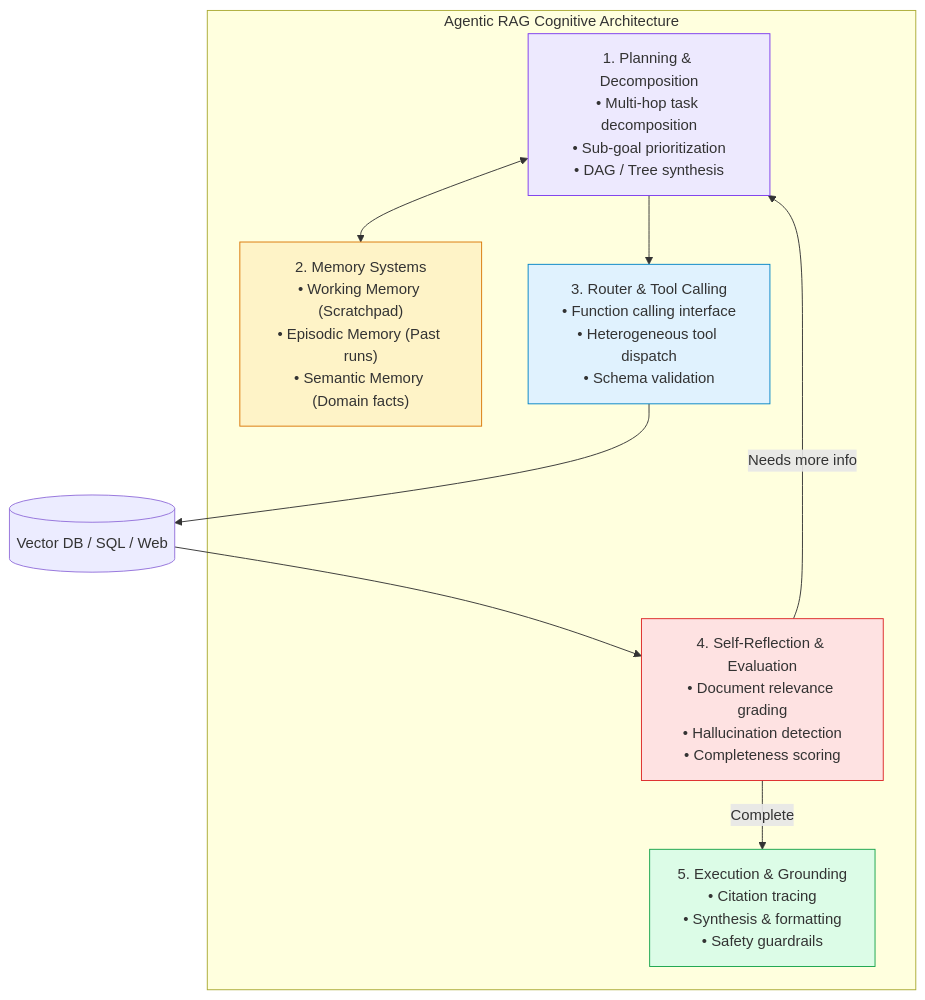
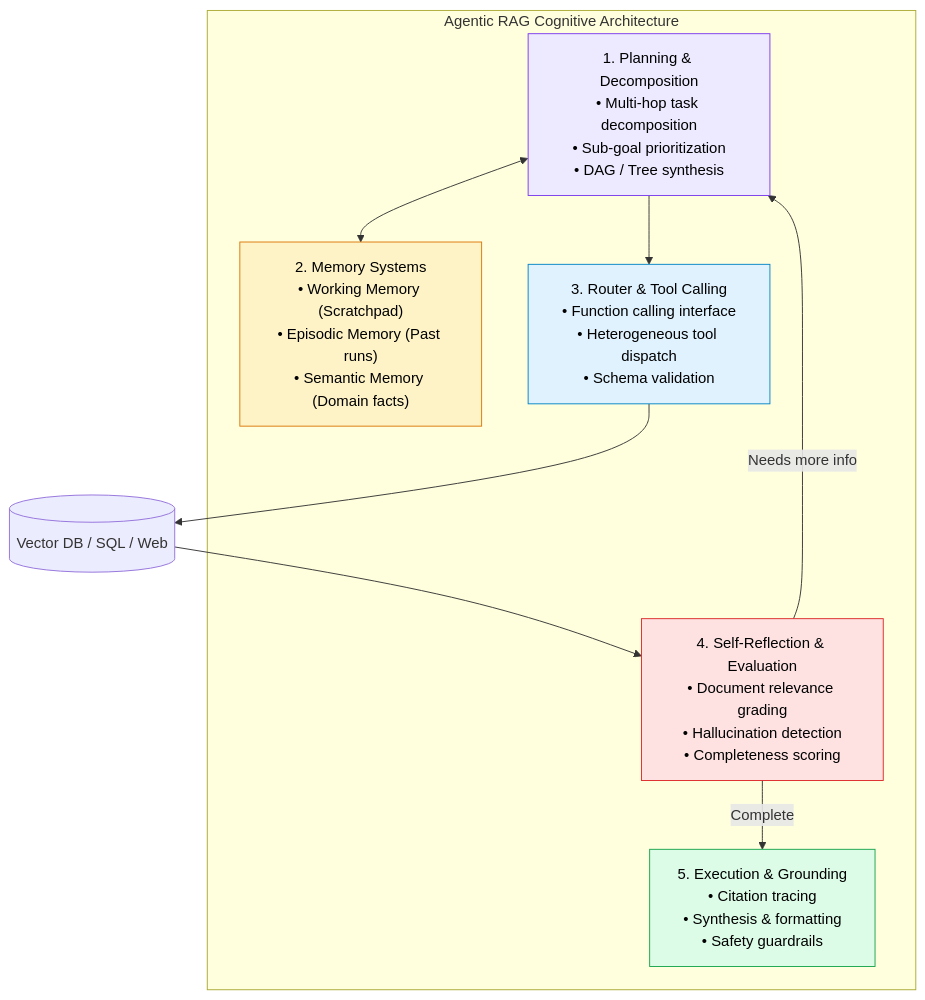
The third of 6 diagrams in 07-Agentic-RAG/What-is-Agentic-RAG.md (swapnil3104/RAG-Engineering), drawn with Mermaid before and after one commit. The commit also changed other lines of this file and 108 other files, not shown here.

Commit message:
fix: make chart text visible across all Mermaid diagrams and resolve markdown table formatting issues

````diff
--- a/07-Agentic-RAG/What-is-Agentic-RAG.md
+++ b/07-Agentic-RAG/What-is-Agentic-RAG.md
@@ -166,23 +166,23 @@
 ```mermaid
 graph TD
     subgraph System ["Agentic RAG Cognitive Architecture"]
         Plan["1. Planning & Decomposition<br/>• Multi-hop task decomposition<br/>• Sub-goal prioritization<br/>• DAG / Tree synthesis"]
         Memory["2. Memory Systems<br/>• Working Memory (Scratchpad)<br/>• Episodic Memory (Past runs)<br/>• Semantic Memory (Domain facts)"]
         Router["3. Router & Tool Calling<br/>• Function calling interface<br/>• Heterogeneous tool dispatch<br/>• Schema validation"]
         Eval["4. Self-Reflection & Evaluation<br/>• Document relevance grading<br/>• Hallucination detection<br/>• Completeness scoring"]
         Exec["5. Execution & Grounding<br/>• Citation tracing<br/>• Synthesis & formatting<br/>• Safety guardrails"]
     end
 
     Plan <--> Memory
     Plan --> Router
     Router --> Tools[(Vector DB / SQL / Web)]
     Tools --> Eval
     Eval -->|Needs more info| Plan
     Eval -->|Complete| Exec
 
-    style Plan fill:#ede9fe,stroke:#7c3aed,stroke-width:1px
-    style Memory fill:#fef3c7,stroke:#d97706,stroke-width:1px
-    style Router fill:#e0f2fe,stroke:#0284c7,stroke-width:1px
-    style Eval fill:#fee2e2,stroke:#dc2626,stroke-width:1px
-    style Exec fill:#dcfce7,stroke:#16a34a,stroke-width:1px
+    style Plan fill:#ede9fe,stroke:#7c3aed,stroke-width:1px,color:#000000
+    style Memory fill:#fef3c7,stroke:#d97706,stroke-width:1px,color:#000000
+    style Router fill:#e0f2fe,stroke:#0284c7,stroke-width:1px,color:#000000
+    style Eval fill:#fee2e2,stroke:#dc2626,stroke-width:1px,color:#000000
+    style Exec fill:#dcfce7,stroke:#16a34a,stroke-width:1px,color:#000000
 ```
````
